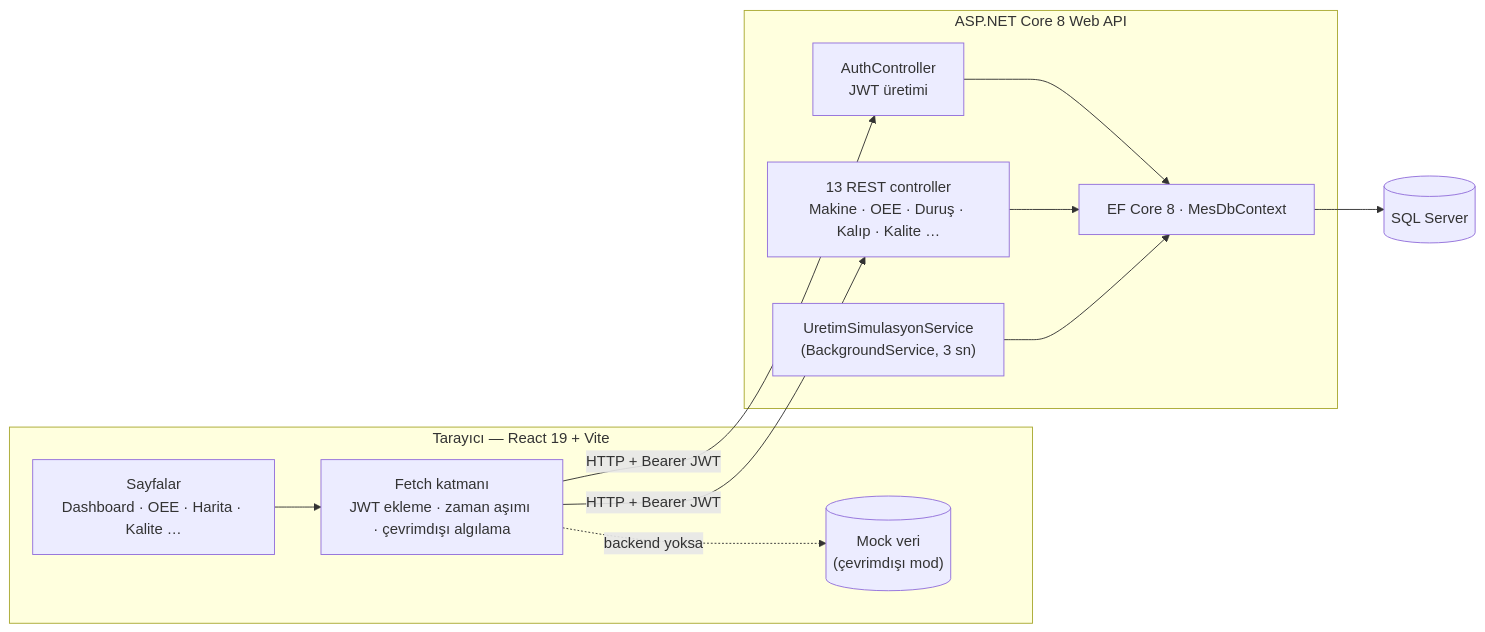
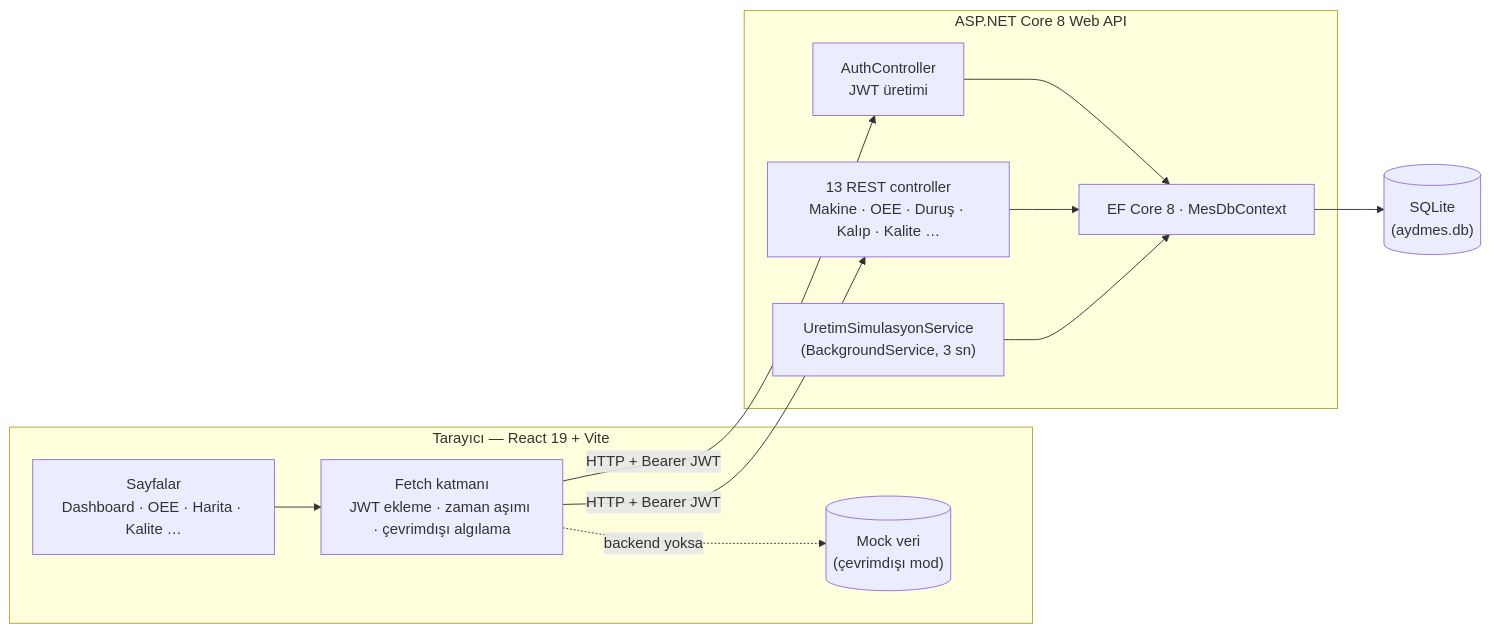
The diagram in README.md (dogukanyasaraydin/AydMES), drawn with Mermaid before and after one commit. The commit also changed other lines of this file and 46 other files, not shown here.

First line of the commit message:
Veritabanı SQL Server'dan SQLite'a taşındı: kurulumsuz tek komutla çalışma

````diff
--- a/README.md
+++ b/README.md
@@ -41,26 +41,26 @@
 ```mermaid
 flowchart LR
     subgraph Tarayici["Tarayıcı — React 19 + Vite"]
         UI["Sayfalar<br/>Dashboard · OEE · Harita · Kalite …"]
         FI["Fetch katmanı<br/>JWT ekleme · zaman aşımı · çevrimdışı algılama"]
         MOCK[("Mock veri<br/>(çevrimdışı mod)")]
         UI --> FI
         FI -. backend yoksa .-> MOCK
     end
 
     subgraph API["ASP.NET Core 8 Web API"]
         AUTH["AuthController<br/>JWT üretimi"]
         CTRL["13 REST controller<br/>Makine · OEE · Duruş · Kalıp · Kalite …"]
         SIM["UretimSimulasyonService<br/>(BackgroundService, 3 sn)"]
         EF["EF Core 8 · MesDbContext"]
         AUTH --> EF
         CTRL --> EF
         SIM --> EF
     end
 
-    DB[("SQL Server")]
+    DB[("SQLite<br/>(aydmes.db)")]
 
     FI -- "HTTP + Bearer JWT" --> AUTH
     FI -- "HTTP + Bearer JWT" --> CTRL
     EF --> DB
 ```
````
